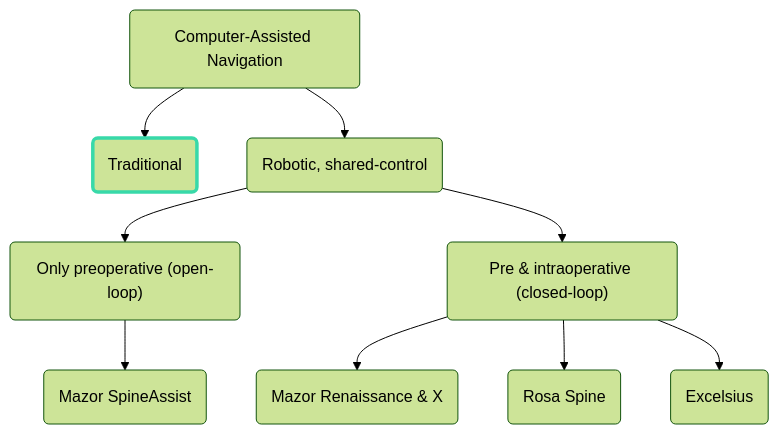
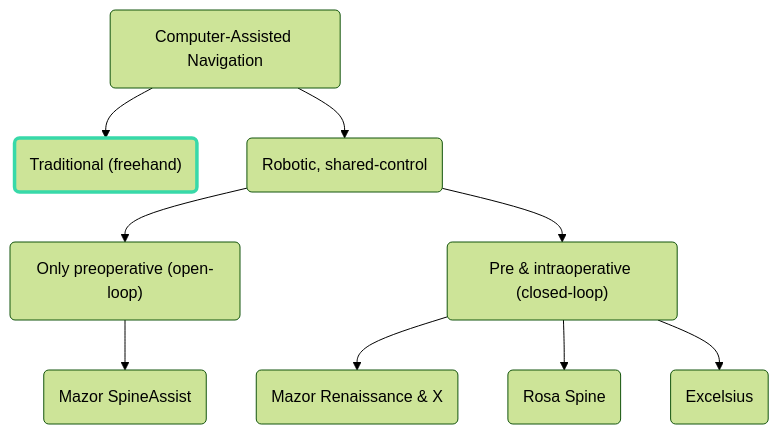
Before and after one commit to yardenas/talks: the second of 5 diagrams in 10-JAN-2023/slides.md, drawn with Mermaid (forest theme). The commit also changed other lines of this file and 2 other files, not shown here.

````diff
--- a/10-JAN-2023/slides.md
+++ b/10-JAN-2023/slides.md
@@ -88,12 +97,12 @@
 ```mermaid
 graph TB
-    can(Computer-Assisted Navigation) --> trad(Traditional)
+    can(Computer-Assisted Navigation) --> trad("Traditional (freehand)")
     can --> shared(Robotic, shared-control)
     shared --> open-loop("Only preoperative (open-loop)")
     open-loop --> spine-assist(Mazor SpineAssist)
     shared --> closed-loop("Pre & intraoperative (closed-loop)")
     closed-loop --> mazor(Mazor Renaissance & X)
     closed-loop --> rosa(Rosa Spine)
     closed-loop --> globus(Excelsius)
     style trad stroke:#38D9A9,stroke-width:3.5px
 ```
````
